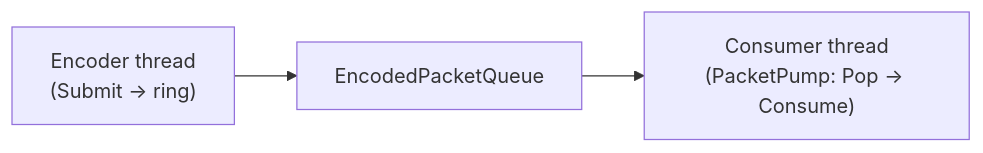
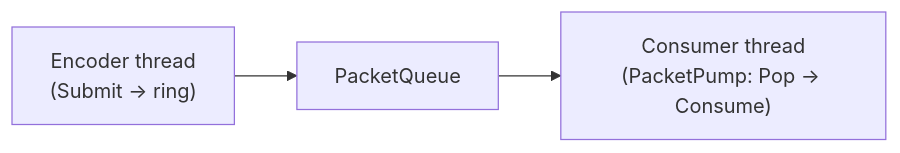
Before and after one commit to oxsource/video_codec: the third of 3 diagrams in codec/doc/architecture/threading.md, drawn with Mermaid. The commit also changed other lines of this file and 55 other files, not shown here.

First line of the commit message:
refactor(core): unify Packet type (drop Encoded prefix, merge AudioPacket)

````diff
--- a/codec/doc/architecture/threading.md
+++ b/codec/doc/architecture/threading.md
@@ -54,8 +54,8 @@
 ```mermaid
 flowchart LR
     ET["Encoder thread<br/>(Submit → ring)"]
-    Q["EncodedPacketQueue"]
+    Q["PacketQueue"]
     CT["Consumer thread<br/>(PacketPump: Pop → Consume)"]
     ET --> Q
     Q --> CT
 ```
````
